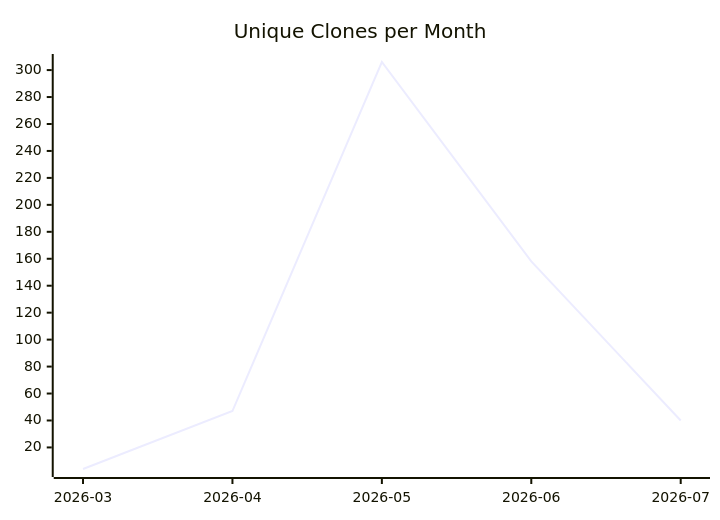
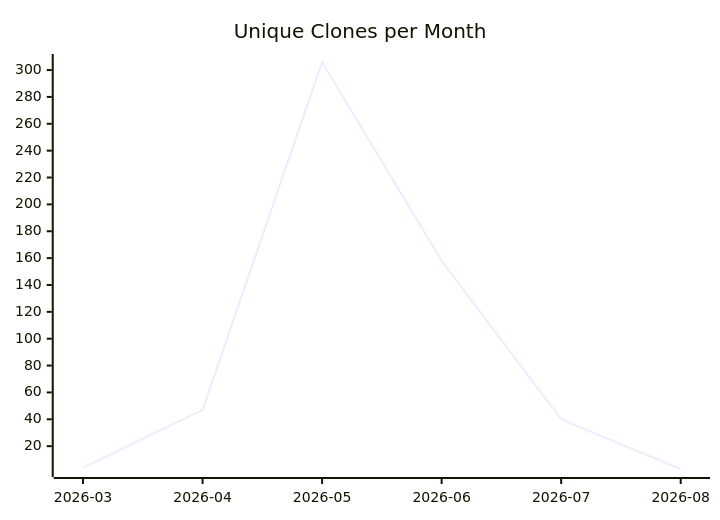
The third of 3 diagrams in karlmdavis/dotfiles/README.md (justdavis-family/github-analytics-data), drawn with Mermaid before and after one commit. The commit also changed other lines of this file and 132 other files, not shown here.

````diff
--- a/karlmdavis/dotfiles/README.md
+++ b/karlmdavis/dotfiles/README.md
@@ -19,6 +19,6 @@
 ```mermaid
 xychart-beta
   title "Unique Clones per Month"
-  x-axis ["2026-03", "2026-04", "2026-05", "2026-06", "2026-07"]
-  line [4, 47, 306, 158, 40]
+  x-axis ["2026-03", "2026-04", "2026-05", "2026-06", "2026-07", "2026-08"]
+  line [4, 47, 306, 158, 40, 3]
 ```
````
